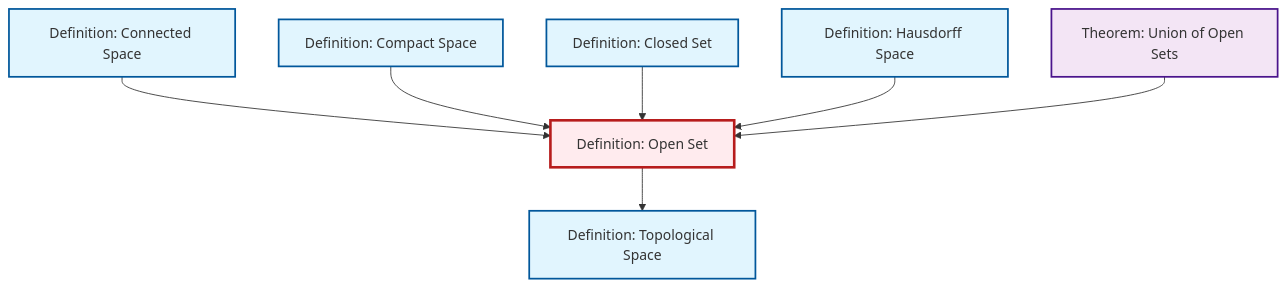
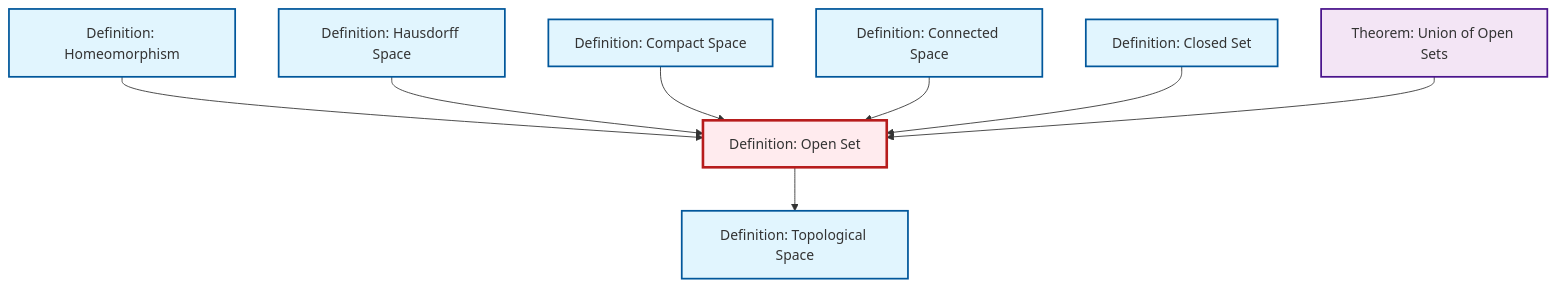
The diagram in content/ja/topology/def-open-set.qmd (RK0429/ModernMath), drawn with Mermaid before and after one commit. The commit also changed 474 other files, not shown here.

````diff
--- a/content/ja/topology/def-open-set.qmd
+++ b/content/ja/topology/def-open-set.qmd
@@ -54,29 +54,32 @@
 ```{mermaid}
 %%| fig-cap: "Local dependency graph"
 graph TD
     classDef definition fill:#e1f5fe,stroke:#01579b,stroke-width:2px
     classDef theorem fill:#f3e5f5,stroke:#4a148c,stroke-width:2px
     classDef axiom fill:#fff3e0,stroke:#e65100,stroke-width:2px
     classDef example fill:#e8f5e9,stroke:#1b5e20,stroke-width:2px
     classDef current fill:#ffebee,stroke:#b71c1c,stroke-width:3px
-    def-topological-space["Definition: Topological Space"]:::definition
-    def-closed-set["Definition: Closed Set"]:::definition
+    def-open-set["Definition: Open Set"]:::definition
+    def-homeomorphism["Definition: Homeomorphism"]:::definition
     thm-union-open-sets["Theorem: Union of Open Sets"]:::theorem
     def-connected["Definition: Connected Space"]:::definition
-    def-open-set["Definition: Open Set"]:::definition
+    def-closed-set["Definition: Closed Set"]:::definition
+    def-topological-space["Definition: Topological Space"]:::definition
     def-hausdorff["Definition: Hausdorff Space"]:::definition
     def-compact["Definition: Compact Space"]:::definition
+    def-homeomorphism --> def-open-set
+    def-hausdorff --> def-open-set
+    def-compact --> def-open-set
+    def-connected --> def-open-set
     def-open-set --> def-topological-space
-    def-connected --> def-open-set
-    def-compact --> def-open-set
     def-closed-set --> def-open-set
-    def-hausdorff --> def-open-set
     thm-union-open-sets --> def-open-set
     class def-open-set current
-    click def-topological-space "def-topological-space.html" "Definition: Topological Spaceへ"
-    click def-closed-set "def-closed-set.html" "Definition: Closed Setへ"
+    click def-homeomorphism "def-homeomorphism.html" "Definition: Homeomorphismへ"
     click thm-union-open-sets "thm-union-open-sets.html" "Theorem: Union of Open Setsへ"
     click def-connected "def-connected.html" "Definition: Connected Spaceへ"
+    click def-closed-set "def-closed-set.html" "Definition: Closed Setへ"
+    click def-topological-space "def-topological-space.html" "Definition: Topological Spaceへ"
     click def-hausdorff "def-hausdorff.html" "Definition: Hausdorff Spaceへ"
     click def-compact "def-compact.html" "Definition: Compact Spaceへ"
 ```
````
